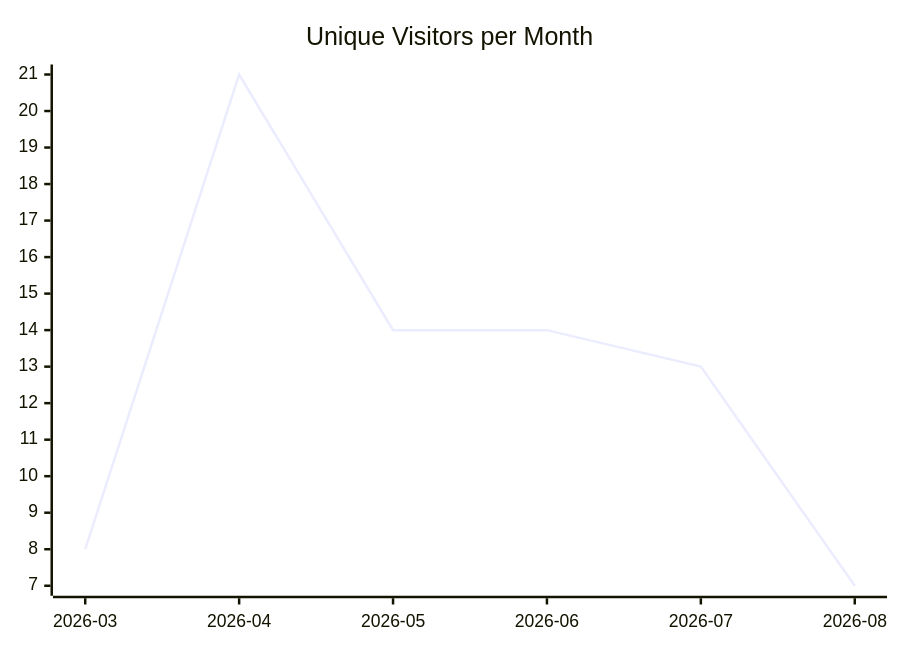
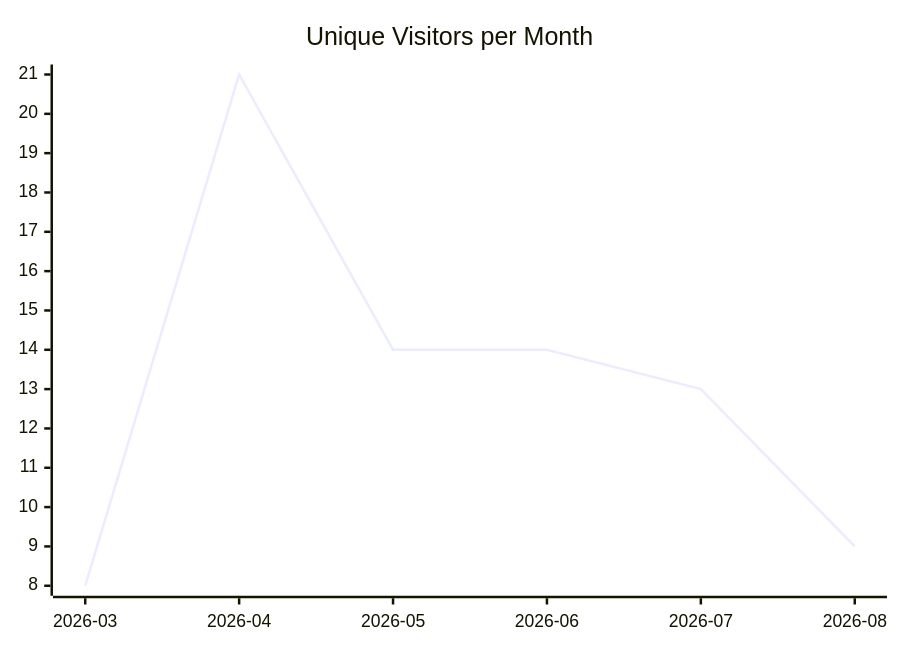
The first of 3 diagrams in karlmdavis/ksoap2-android/README.md (justdavis-family/github-analytics-data), drawn with Mermaid before and after one commit. The commit also changed other lines of this file and 174 other files, not shown here.

````diff
--- a/karlmdavis/ksoap2-android/README.md
+++ b/karlmdavis/ksoap2-android/README.md
@@ -5,6 +5,6 @@
 ```mermaid
 xychart-beta
   title "Unique Visitors per Month"
   x-axis ["2026-03", "2026-04", "2026-05", "2026-06", "2026-07", "2026-08"]
-  line [8, 21, 14, 14, 13, 7]
+  line [8, 21, 14, 14, 13, 9]
 ```
````
